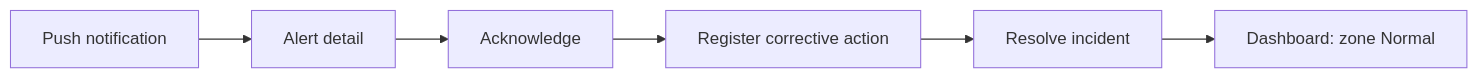
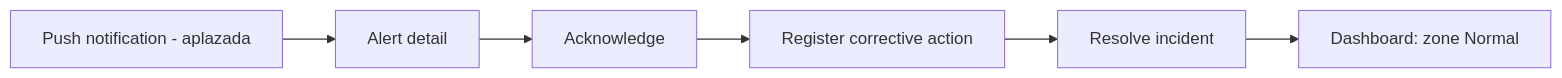
Before and after one commit to MachineGuard/MachineGuard-Documentation: the first of 9 diagrams in docs/chapter5-solution-ui-ux-design.md, drawn with Mermaid. The commit also changed other lines of this file, not shown here.

````diff
--- a/docs/chapter5-solution-ui-ux-design.md
+++ b/docs/chapter5-solution-ui-ux-design.md
@@ -491,8 +495,8 @@
 ```mermaid
 flowchart LR
-  A[Push notification] --> B[Alert detail]
+  A[Push notification - aplazada] --> B[Alert detail]
   B --> C[Acknowledge]
   C --> D[Register corrective action]
   D --> E[Resolve incident]
   E --> F[Dashboard: zone Normal]
 ```
````
